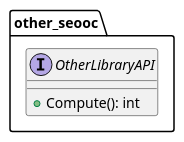
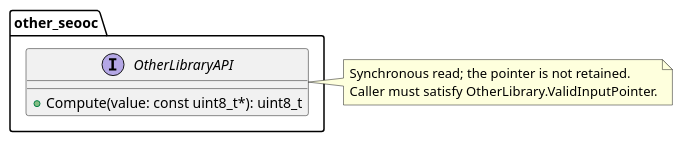
One commit to eclipse-score/tooling changed the diagram in bazel/rules/rules_score/examples/some_other_library/public_api.puml. Above: the diagram before and after it, drawn with PlantUML. The commit also changed 36 other files, not shown here.

```diff
--- a/bazel/rules/rules_score/examples/some_other_library/public_api.puml
+++ b/bazel/rules/rules_score/examples/some_other_library/public_api.puml
@@ -14,9 +14,14 @@
 @startuml
 
 namespace other_seooc {
     interface "OtherLibraryAPI" as OtherLibraryAPI {
-        + Compute(): int
+        + Compute(value: const uint8_t*): uint8_t
     }
 }
 
+note right of other_seooc.OtherLibraryAPI
+    Synchronous read; the pointer is not retained.
+    Caller must satisfy OtherLibrary.ValidInputPointer.
+end note
+
 @enduml
```
